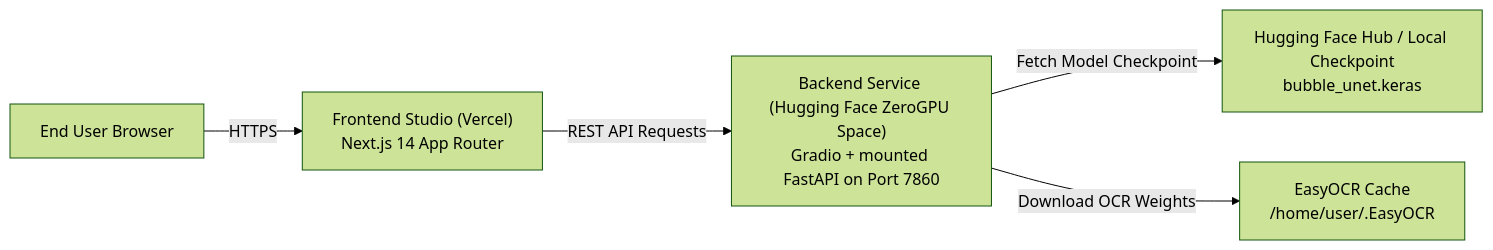
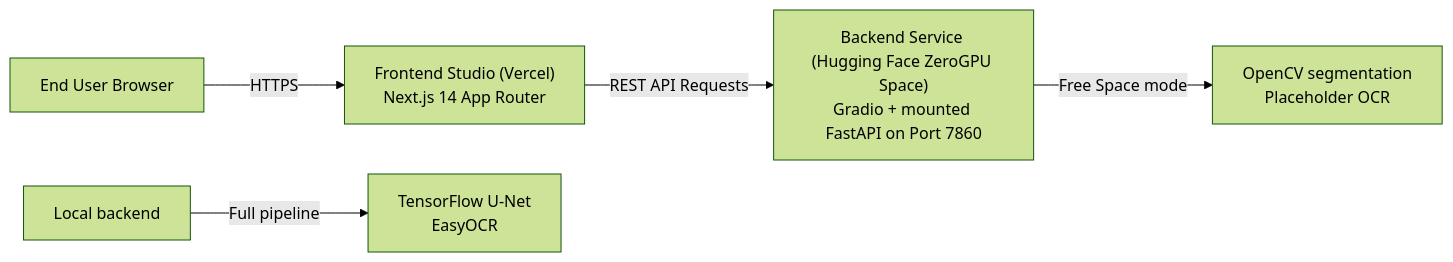
One commit to 01mayankk/comictypeset-ai changed the diagram in docs/DEPLOYMENT.md. Above: the diagram before and after it, drawn with Mermaid (forest theme). The commit also changed other lines of this file and 9 other files, not shown here.

First line of the commit message:
Enable lightweight HF Space mode

````diff
--- a/docs/DEPLOYMENT.md
+++ b/docs/DEPLOYMENT.md
@@ -9,7 +9,7 @@
 ```mermaid
 flowchart LR
     User["End User Browser"] -->|HTTPS| Vercel["Frontend Studio (Vercel)<br/>Next.js 14 App Router"]
     Vercel -->|REST API Requests| HF["Backend Service (Hugging Face ZeroGPU Space)<br/>Gradio + mounted FastAPI on Port 7860"]
-    HF -->|Fetch Model Checkpoint| HFHub["Hugging Face Hub / Local Checkpoint<br/>bubble_unet.keras"]
-    HF -->|Download OCR Weights| EasyOCRRepo["EasyOCR Cache<br/>/home/user/.EasyOCR"]
+    HF -->|Free Space mode| Lite["OpenCV segmentation<br/>Placeholder OCR"]
+    Local["Local backend"] -->|Full pipeline| Full["TensorFlow U-Net<br/>EasyOCR"]
 ```
````
